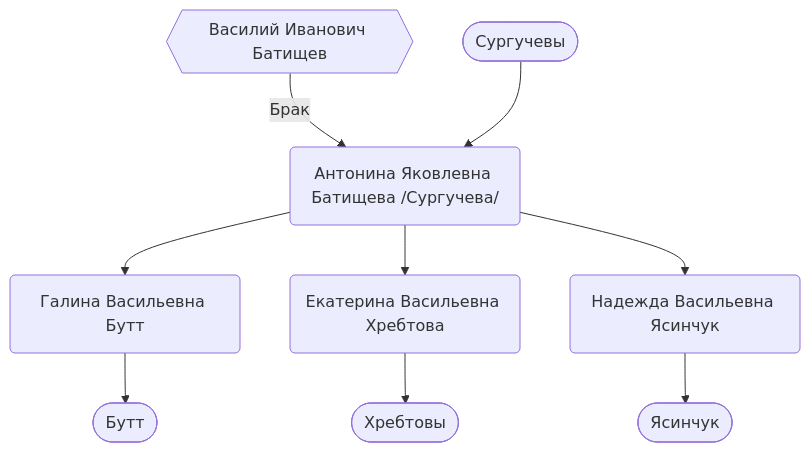
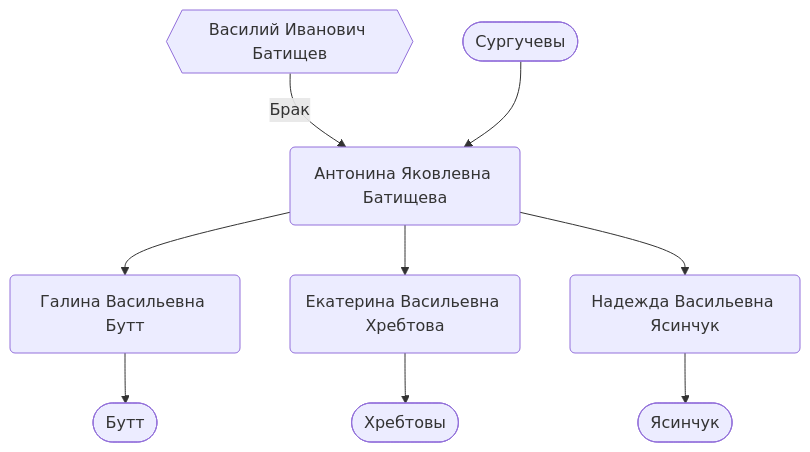
One commit to EryxSpp/VM changed the diagram in Батищевы/index.qmd. Above: the diagram before and after it, drawn with Mermaid. The commit also changed 2 other files, not shown here.

Commit message:
Исправлены Батищевы

````diff
--- a/Батищевы/index.qmd
+++ b/Батищевы/index.qmd
@@ -5,19 +5,19 @@
 ```{mermaid}
 %%| fig-width: 30%
 
 flowchart TD
-  A{{Василий Иванович Батищев}} --"Брак" --> B(Антонина Яковлевна Батищева /Сургучева/)
+  A{{Василий Иванович Батищев}} --"Брак" --> B(Антонина Яковлевна Батищева)
   T1([Сургучевы]) --> B
   B --> C(Галина Васильевна Бутт)
   B --> D(Екатерина Васильевна Хребтова)
   B --> E(Надежда Васильевна Ясинчук)
   C --> T2([Бутт])
   D --> T3([Хребтовы])
   E --> T4([Ясинчук])
   click A "/VM/Батищевы/Василий_Иванович/index.html" "Василий\nИванович"
   click B "/VM/Батищевы/Антонина_Яковлевна/index.html" "Антонина\nЯковлевна"
   click C "/VM/Батищевы/Галина_Васильевна/index.html" "Галина\nВасильевна"
   click D "/VM/Батищевы/Екатерина_Васильевна/index.html" "Екатерина\nВасильевна"
   click E "/VM/Батищевы/Надежда_Васильевна/index.html" "Надежда\nВасильевна"
 
 ```
````
